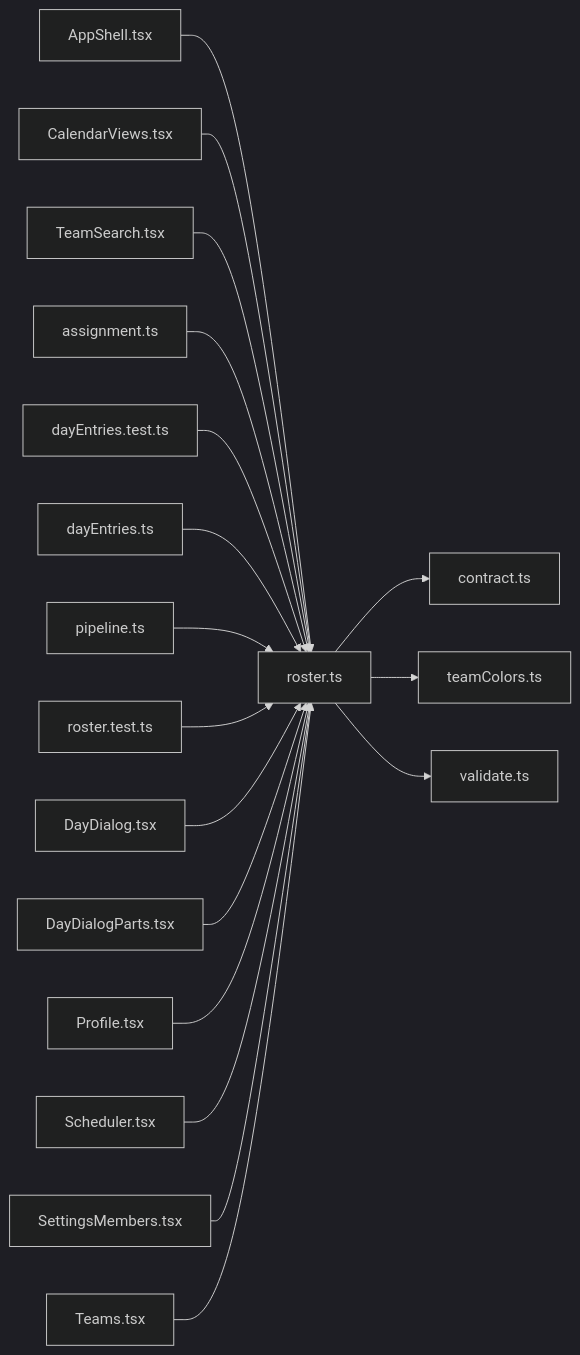
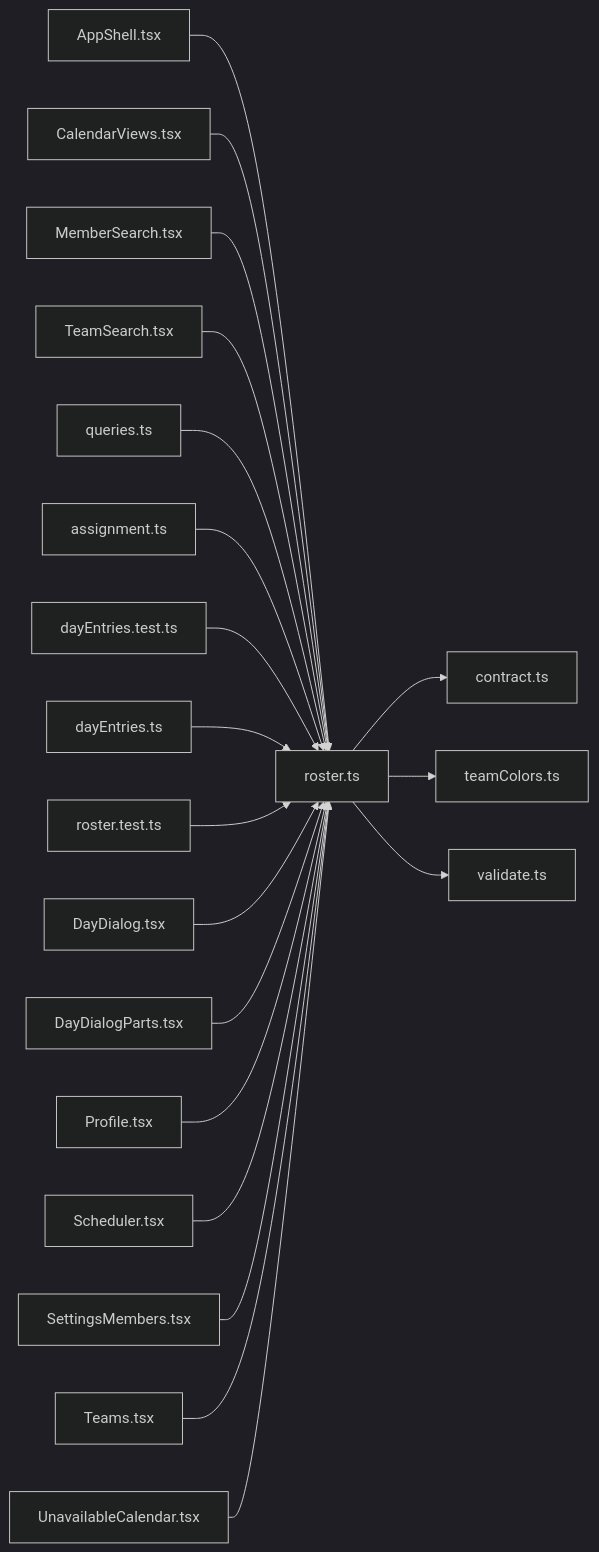
One commit to minkong-dev/Banblit changed the diagram in .cluedoc/graph/frontend/src/lib/roster.md. Above: the diagram before and after it, drawn with Mermaid (dark theme). The commit also changed other lines of this file and 56 other files, not shown here.

Commit message:
frontend: import pure lib functions from their own files instead of through pipeline

````diff
--- a/.cluedoc/graph/frontend/src/lib/roster.md
+++ b/.cluedoc/graph/frontend/src/lib/roster.md
@@ -10,21 +10,23 @@
 ```mermaid
 flowchart LR
   frontend_src_lib_roster["roster.ts"]
   frontend_src_lib_roster --> frontend_src_lib_contract["contract.ts"]
   frontend_src_lib_roster --> frontend_src_lib_teamColors["teamColors.ts"]
   frontend_src_lib_roster --> frontend_src_lib_validate["validate.ts"]
   frontend_src_components_AppShell["AppShell.tsx"] --> frontend_src_lib_roster
   frontend_src_components_CalendarViews["CalendarViews.tsx"] --> frontend_src_lib_roster
+  frontend_src_components_MemberSearch["MemberSearch.tsx"] --> frontend_src_lib_roster
   frontend_src_components_TeamSearch["TeamSearch.tsx"] --> frontend_src_lib_roster
+  frontend_src_components_queries["queries.ts"] --> frontend_src_lib_roster
   frontend_src_lib_assignment["assignment.ts"] --> frontend_src_lib_roster
   frontend_src_lib_dayEntries_test["dayEntries.test.ts"] --> frontend_src_lib_roster
   frontend_src_lib_dayEntries["dayEntries.ts"] --> frontend_src_lib_roster
-  frontend_src_lib_pipeline["pipeline.ts"] --> frontend_src_lib_roster
   frontend_src_lib_roster_test["roster.test.ts"] --> frontend_src_lib_roster
   frontend_src_routes_DayDialog["DayDialog.tsx"] --> frontend_src_lib_roster
   frontend_src_routes_DayDialogParts["DayDialogParts.tsx"] --> frontend_src_lib_roster
   frontend_src_routes_Profile["Profile.tsx"] --> frontend_src_lib_roster
   frontend_src_routes_Scheduler["Scheduler.tsx"] --> frontend_src_lib_roster
   frontend_src_routes_SettingsMembers["SettingsMembers.tsx"] --> frontend_src_lib_roster
   frontend_src_routes_Teams["Teams.tsx"] --> frontend_src_lib_roster
+  frontend_src_routes_UnavailableCalendar["UnavailableCalendar.tsx"] --> frontend_src_lib_roster
 ```
````
